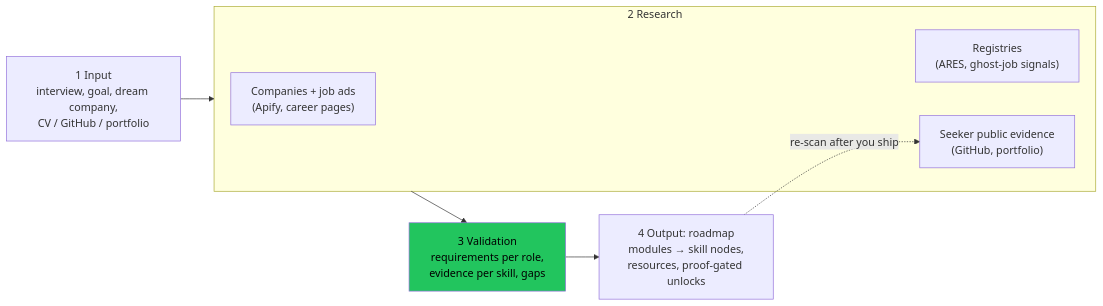
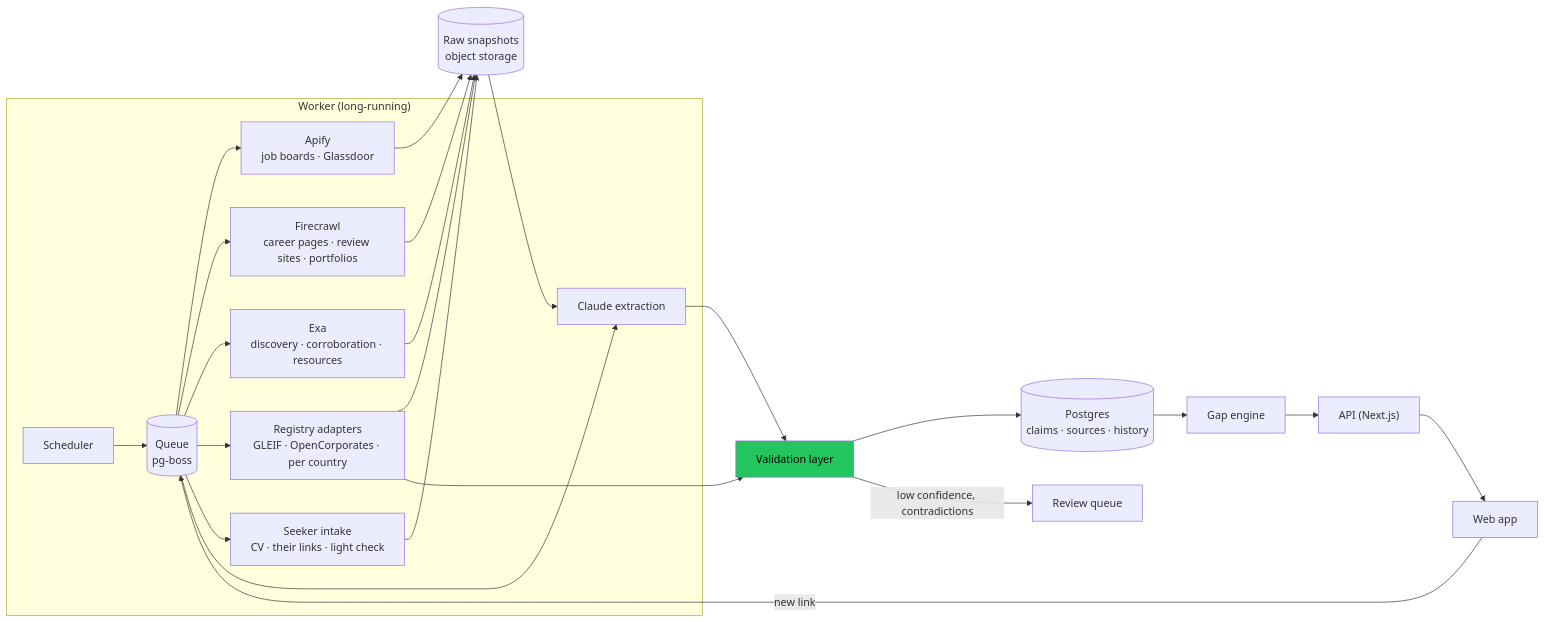
The diagram in PLAN.md (cufelix/Waymark), drawn with Mermaid before and after one commit. The commit also changed other lines of this file and 1 other file, not shown here.

Commit message:
added the api mds

````diff
--- a/PLAN.md
+++ b/PLAN.md
@@ -42,14 +72,22 @@
 ```mermaid
 flowchart LR
-  I["1 Input<br/>interview, goal, dream company,<br/>CV / GitHub / portfolio"] --> R
-  subgraph R["2 Research"]
-    RC["Companies + job ads<br/>(Apify, career pages)"]
-    RR["Registries<br/>(ARES, ghost-job signals)"]
-    RS["Seeker public evidence<br/>(GitHub, portfolio)"]
+  subgraph W["Worker (long-running)"]
+    SCH["Scheduler"] --> Q[("Queue<br/>pg-boss")]
+    Q --> AP["Apify<br/>job boards · Glassdoor"]
+    Q --> FC["Firecrawl<br/>career pages · review sites · portfolios"]
+    Q --> EX["Exa<br/>discovery · corroboration · resources"]
+    Q --> RG["Registry adapters<br/>GLEIF · OpenCorporates · per country"]
+    Q --> SK["Seeker intake<br/>CV · their links · light check"]
+    Q --> LLM["Claude extraction"]
   end
-  R --> V["3 Validation<br/>requirements per role,<br/>evidence per skill, gaps"]
-  V --> O["4 Output: roadmap<br/>modules → skill nodes,<br/>resources, proof-gated unlocks"]
-  O -. "re-scan after you ship" .-> RS
+  AP & FC & EX & RG & SK --> RAW[("Raw snapshots<br/>object storage")]
+  RAW --> LLM
+  LLM --> V["Validation layer"]
+  RG --> V
+  V --> DB[("Postgres<br/>claims · sources · history")]
+  V -- "low confidence, contradictions" --> RQ["Review queue"]
+  DB --> E["Gap engine"] --> API["API (Next.js)"] --> UI["Web app"]
+  UI -- "new link" --> Q
   classDef key fill:#22c55e,color:#000
   class V key
 ```
````
